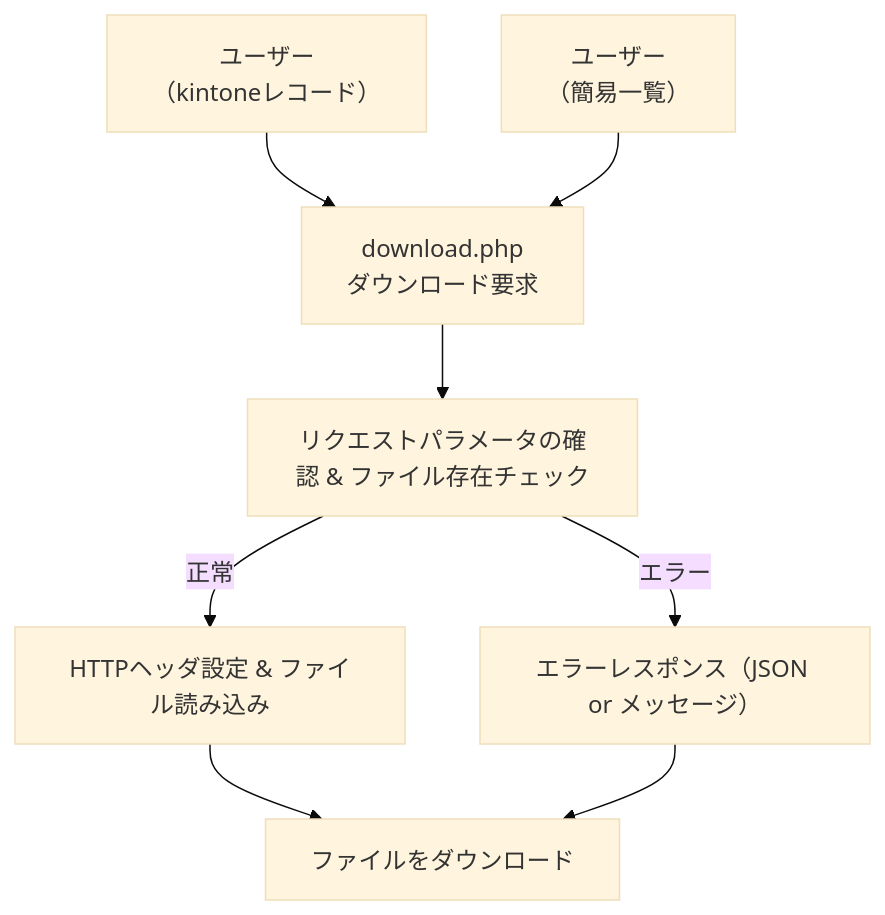
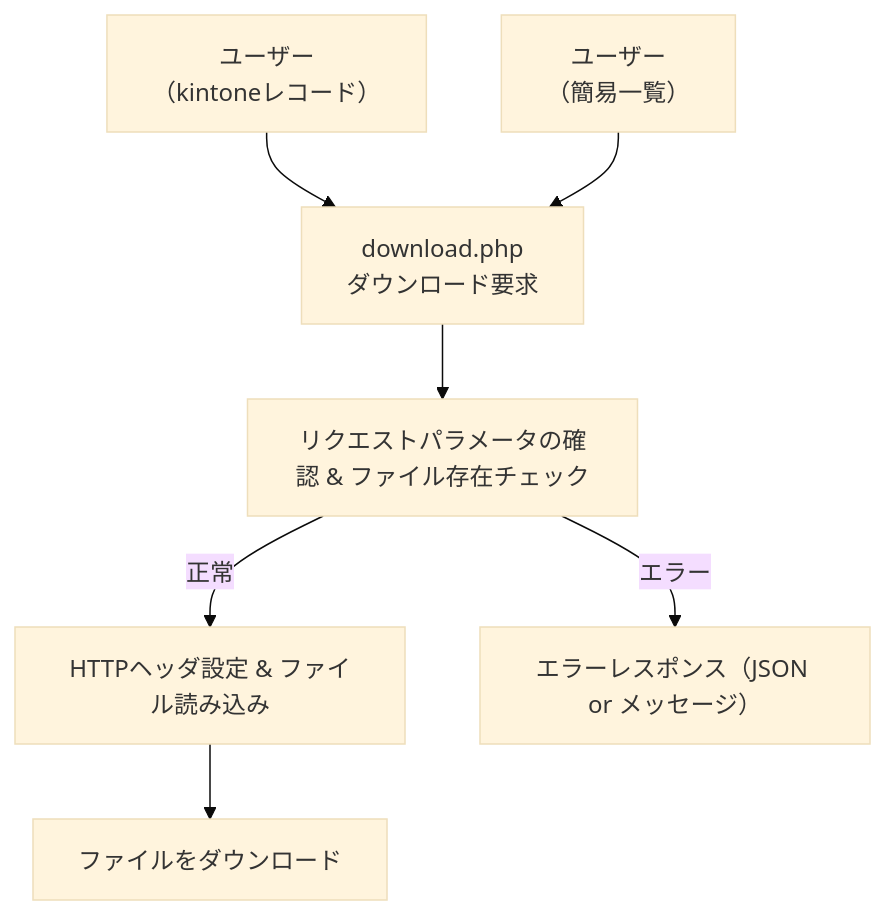
Before and after one commit to Kahiro-M/fileUploader4KntnFileSv: the sixth of 7 diagrams in design.md, drawn with Mermaid (base theme). The commit also changed other lines of this file, not shown here.

````diff
--- a/design.md
+++ b/design.md
@@ -116,11 +143,10 @@
 ```mermaid
 flowchart TD
     KNTN[ユーザー<br>（kintoneレコード）] --> DL[download.php<br>ダウンロード要求]
     LST[ユーザー<br>（簡易一覧）] --> DL[download.php<br>ダウンロード要求]
     DL --> UP[リクエストパラメータの確認 & ファイル存在チェック]
     UP -->|正常| UP_UUID[HTTPヘッダ設定 & ファイル読み込み]
     UP -->|エラー| UP_ERR[エラーレスポンス（JSON or メッセージ）]
     UP_UUID --> ADD_KNTN[ファイルをダウンロード]
-    UP_ERR --> ADD_KNTN
 
 ```
````
